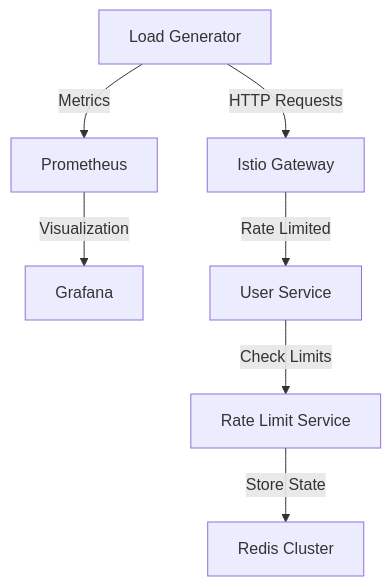
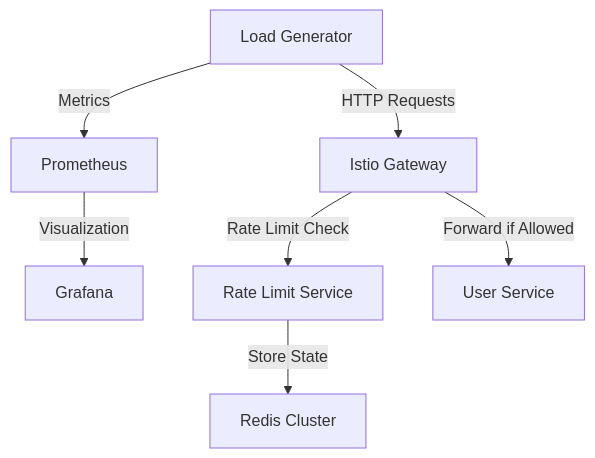
One commit to ramisback/istio-rate-limiter changed the diagram in docs/06-load-testing.md. Above: the diagram before and after it, drawn with Mermaid. The commit also changed 3 other files, not shown here.

Commit message:
docs: updated flow diagrams

````diff
--- a/docs/06-load-testing.md
+++ b/docs/06-load-testing.md
@@ -180,9 +180,9 @@
 ```mermaid
 graph TD
     A[Load Generator] -->|HTTP Requests| B[Istio Gateway]
     A -->|Metrics| C[Prometheus]
     C -->|Visualization| D[Grafana]
-    B -->|Rate Limited| E[User Service]
-    E -->|Check Limits| F[Rate Limit Service]
+    B -->|Rate Limit Check| F[Rate Limit Service]
     F -->|Store State| G[Redis Cluster]
+    B -->|Forward if Allowed| E[User Service]
 ```
````
